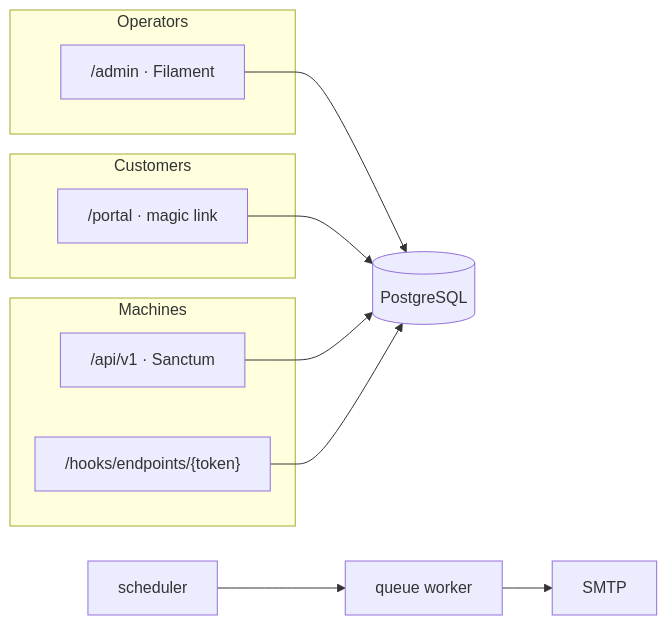
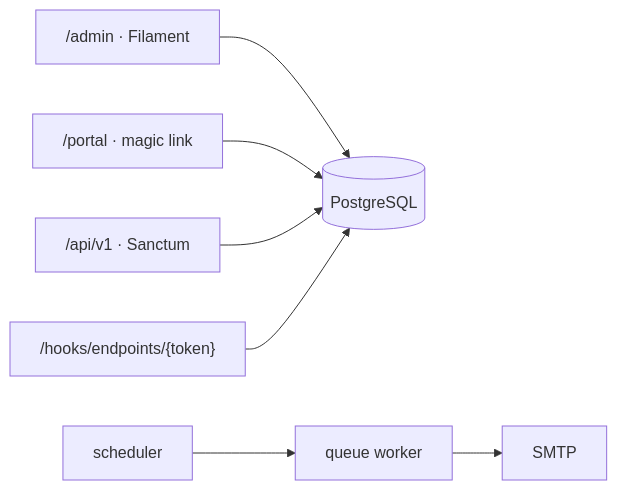
The diagram in README.md (tavbuilds/OpenMSP), drawn with Mermaid before and after one commit. The commit also changed other lines of this file and 3 other files, not shown here.

````diff
--- a/README.md
+++ b/README.md
@@ -219,19 +135,9 @@
 ```mermaid
 flowchart LR
-  subgraph operators [Operators]
-    Admin["/admin · Filament"]
-  end
-  subgraph customers [Customers]
-    Portal["/portal · magic link"]
-  end
-  subgraph machines [Machines]
-    API["/api/v1 · Sanctum"]
-    Hooks["/hooks/endpoints/{token}"]
-  end
-  Admin --> DB[(PostgreSQL)]
-  Portal --> DB
-  API --> DB
-  Hooks --> DB
-  Queue[queue worker] --> Mail[SMTP]
-  Scheduler[scheduler] --> Queue
+  Admin["/admin · Filament"] --> DB[(PostgreSQL)]
+  Portal["/portal · magic link"] --> DB
+  API["/api/v1 · Sanctum"] --> DB
+  Hooks["/hooks/endpoints/{token}"] --> DB
+  Scheduler[scheduler] --> Queue[queue worker]
+  Queue --> Mail[SMTP]
 ```
````
